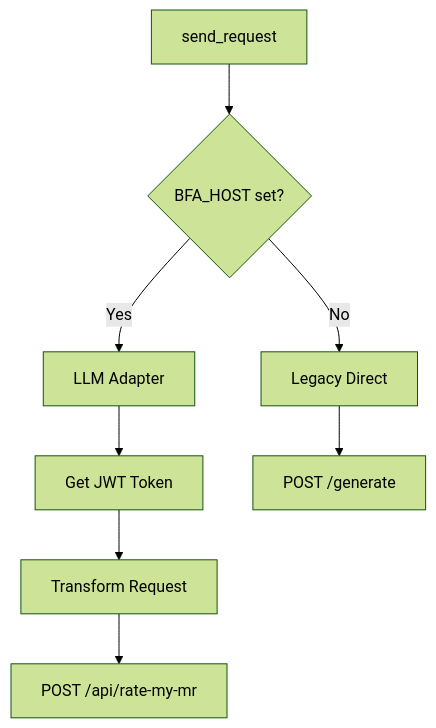
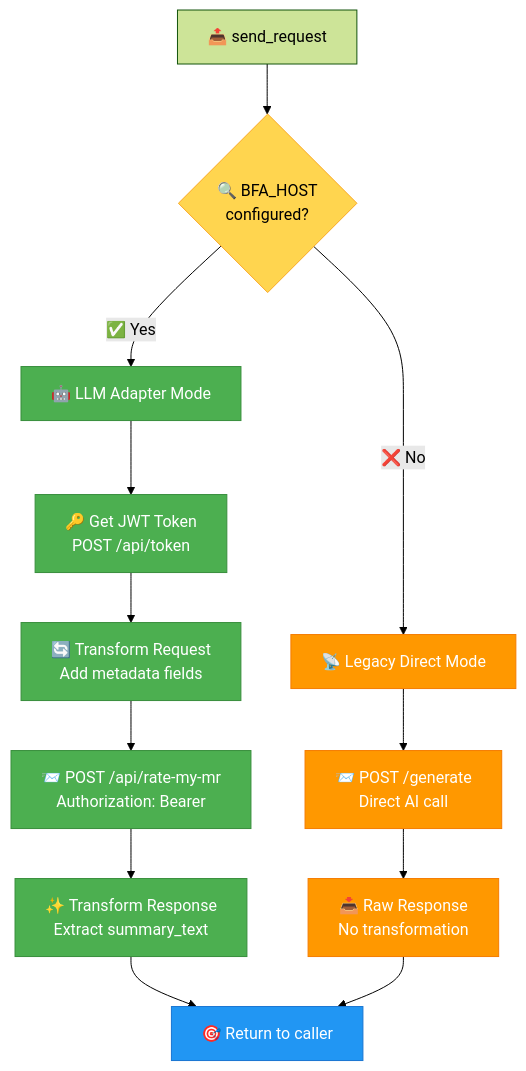
One commit to vigneshpalanivelr/commit-validator changed the third of 6 diagrams in ARCHITECTURE.md. Above: the diagram before and after it, drawn with Mermaid (forest theme). The commit also changed other lines of this file and 2 other files, not shown here.

````diff
--- a/ARCHITECTURE.md
+++ b/ARCHITECTURE.md
@@ -112,10 +162,27 @@
 ```mermaid
 flowchart TD
-    A[send_request] --> B{BFA_HOST set?}
-    B -->|Yes| C[LLM Adapter]
-    B -->|No| D[Legacy Direct]
-    C --> E[Get JWT Token]
-    E --> F[Transform Request]
-    F --> G[POST /api/rate-my-mr]
-    D --> H[POST /generate]
+    A[📤 send_request] --> B{🔍 BFA_HOST<br/>configured?}
+    B -->|"✅ Yes"| C[🤖 LLM Adapter Mode]
+    B -->|"❌ No"| D[📡 Legacy Direct Mode]
+
+    C --> E[🔑 Get JWT Token<br/>POST /api/token]
+    E --> F[🔄 Transform Request<br/>Add metadata fields]
+    F --> G[📨 POST /api/rate-my-mr<br/>Authorization: Bearer]
+    G --> H[✨ Transform Response<br/>Extract summary_text]
+
+    D --> I[📨 POST /generate<br/>Direct AI call]
+    I --> J[📥 Raw Response<br/>No transformation]
+
+    H --> K[🎯 Return to caller]
+    J --> K
+
+    classDef decision fill:#ffd54f,stroke:#f9a825,color:#000
+    classDef newmode fill:#4caf50,stroke:#388e3c,color:#fff
+    classDef legacy fill:#ff9800,stroke:#f57c00,color:#fff
+    classDef result fill:#2196f3,stroke:#1976d2,color:#fff
+
+    class B decision
+    class C,E,F,G,H newmode
+    class D,I,J legacy
+    class K result
 ```
````
